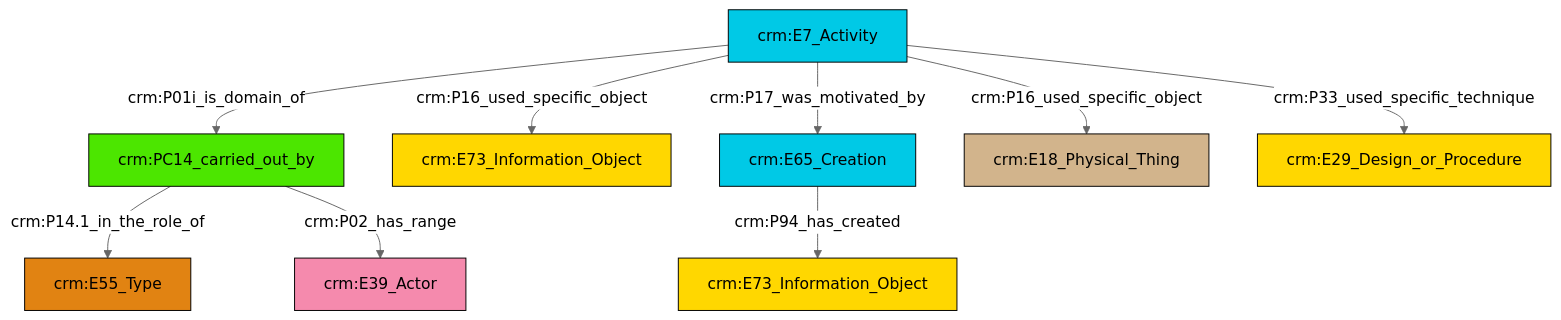
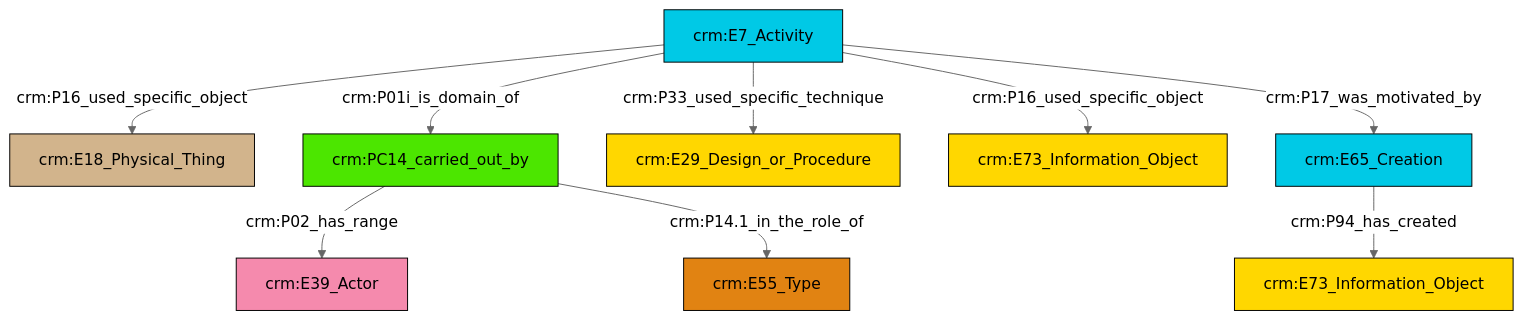
One commit to swiss-art-research-net/reference-data-models changed the diagram in et/eventCSV/ttl/mmd/event_participation.ttl.mmd. Above: the diagram before and after it, drawn with Mermaid (neutral theme). The commit also changed 128 other files, not shown here.

```diff
--- a/et/eventCSV/ttl/mmd/event_participation.ttl.mmd
+++ b/et/eventCSV/ttl/mmd/event_participation.ttl.mmd
@@ -1,23 +1,23 @@
 graph TD
 classDef Literal fill:#f2f2f2,stroke:#000000;
 classDef CRM_Entity fill:#FFFFFF,stroke:#000000;
 classDef Temporal_Entity fill:#00C9E6, stroke:#000000;
 classDef Type fill:#E18312, stroke:#000000;
 classDef Time-Span fill:#2C9C91, stroke:#000000;
 classDef Appellation fill:#FFEB7F, stroke:#000000;
 classDef Place fill:#008836, stroke:#000000;
 classDef Persistent_Item fill:#B266B2, stroke:#000000;
 classDef Conceptual_Object fill:#FFD700, stroke:#000000;
 classDef Physical_Thing fill:#D2B48C, stroke:#000000;
 classDef Actor fill:#f58aad, stroke:#000000;
 classDef PC_Classes fill:#4ce600, stroke:#000000;
 classDef Multi fill:#cccccc,stroke:#000000;
 
-0["crm:PC14_carried_out_by"]:::PC_Classes -->|crm:P14.1_in_the_role_of| 2["crm:E55_Type"]:::Type
-5["crm:E65_Creation"]:::Temporal_Entity -->|crm:P94_has_created| 6["crm:E73_Information_Object"]:::Conceptual_Object
-11["crm:E7_Activity"]:::Temporal_Entity -->|crm:P16_used_specific_object| 3["crm:E73_Information_Object"]:::Conceptual_Object
-11["crm:E7_Activity"]:::Temporal_Entity -->|crm:P33_used_specific_technique| 12["crm:E29_Design_or_Procedure"]:::Conceptual_Object
-11["crm:E7_Activity"]:::Temporal_Entity -->|crm:P01i_is_domain_of| 0["crm:PC14_carried_out_by"]:::PC_Classes
-11["crm:E7_Activity"]:::Temporal_Entity -->|crm:P17_was_motivated_by| 5["crm:E65_Creation"]:::Temporal_Entity
-0["crm:PC14_carried_out_by"]:::PC_Classes -->|crm:P02_has_range| 9["crm:E39_Actor"]:::Actor
-11["crm:E7_Activity"]:::Temporal_Entity -->|crm:P16_used_specific_object| 7["crm:E18_Physical_Thing"]:::Physical_Thing
+8["crm:E7_Activity"]:::Temporal_Entity -->|crm:P16_used_specific_object| 4["crm:E18_Physical_Thing"]:::Physical_Thing
+6["crm:PC14_carried_out_by"]:::PC_Classes -->|crm:P02_has_range| 2["crm:E39_Actor"]:::Actor
+8["crm:E7_Activity"]:::Temporal_Entity -->|crm:P01i_is_domain_of| 6["crm:PC14_carried_out_by"]:::PC_Classes
+8["crm:E7_Activity"]:::Temporal_Entity -->|crm:P33_used_specific_technique| 11["crm:E29_Design_or_Procedure"]:::Conceptual_Object
+14["crm:E65_Creation"]:::Temporal_Entity -->|crm:P94_has_created| 0["crm:E73_Information_Object"]:::Conceptual_Object
+6["crm:PC14_carried_out_by"]:::PC_Classes -->|crm:P14.1_in_the_role_of| 9["crm:E55_Type"]:::Type
+8["crm:E7_Activity"]:::Temporal_Entity -->|crm:P16_used_specific_object| 12["crm:E73_Information_Object"]:::Conceptual_Object
+8["crm:E7_Activity"]:::Temporal_Entity -->|crm:P17_was_motivated_by| 14["crm:E65_Creation"]:::Temporal_Entity
```
